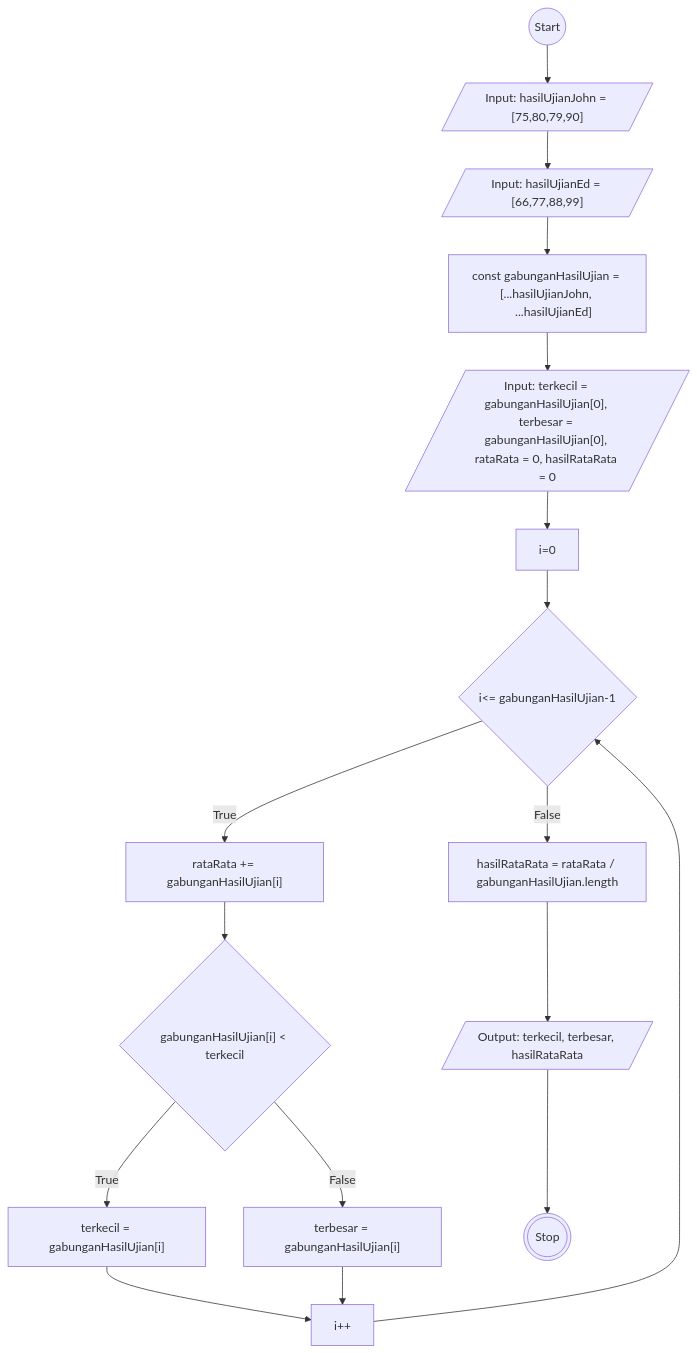
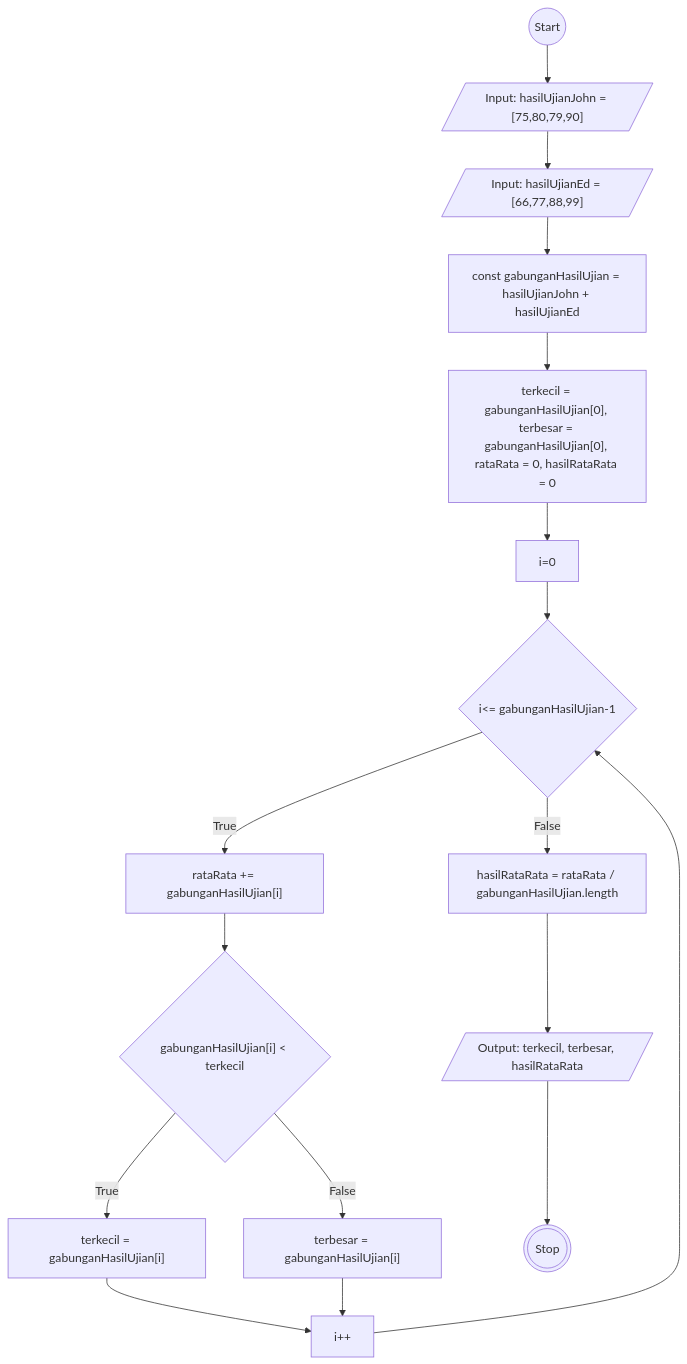
Before and after one commit to Vincentius31/koda-b6-javascript2: the diagram in task1.md, drawn with Mermaid.

````diff
--- a/task1.md
+++ b/task1.md
@@ -1,33 +1,32 @@
 ```mermaid
 flowchart TD
 idStart((Start))
 idInputArr1[/"Input: hasilUjianJohn = [75,80,79,90]"/]
 idInputArr2[/"Input: hasilUjianEd = [66,77,88,99]"/]
-idProcessArr["const gabunganHasilUjian = [...hasilUjianJohn, 
-    ...hasilUjianEd] "]
-idInput[/"Input: terkecil = gabunganHasilUjian[0], terbesar = gabunganHasilUjian[0], rataRata = 0, hasilRataRata = 0"/]
+idProcessArr["const gabunganHasilUjian = hasilUjianJohn + hasilUjianEd"]
+idInput["terkecil = gabunganHasilUjian[0], terbesar = gabunganHasilUjian[0], rataRata = 0, hasilRataRata = 0"]
 idFor[i=0]
 idLoop{i<= gabunganHasilUjian-1}
 idRata["rataRata += gabunganHasilUjian[i]"]
 idKondisi{"gabunganHasilUjian[i] < terkecil"}
 idRataRata["hasilRataRata = rataRata / gabunganHasilUjian.length"]
 idKondisiTrue["terkecil = gabunganHasilUjian[i]"]
 idKondisiFalse["terbesar = gabunganHasilUjian[i]"]
 idIPlus["i++"]
 idHasil[/Output: terkecil, terbesar, hasilRataRata/]
 idStop(((Stop)))
 
 idStart --> idInputArr1 --> idInputArr2 --> idProcessArr --> idInput --> idFor --> idLoop
 
 idLoop -- True --> idRata --> idKondisi
 idLoop -- False --> idRataRata
 
 idKondisi -- True --> idKondisiTrue --> idIPlus
 idKondisi -- False --> idKondisiFalse --> idIPlus
 
 idIPlus --> idLoop
 idRataRata --> idHasil --> idStop
 
 
 
 ```
````
